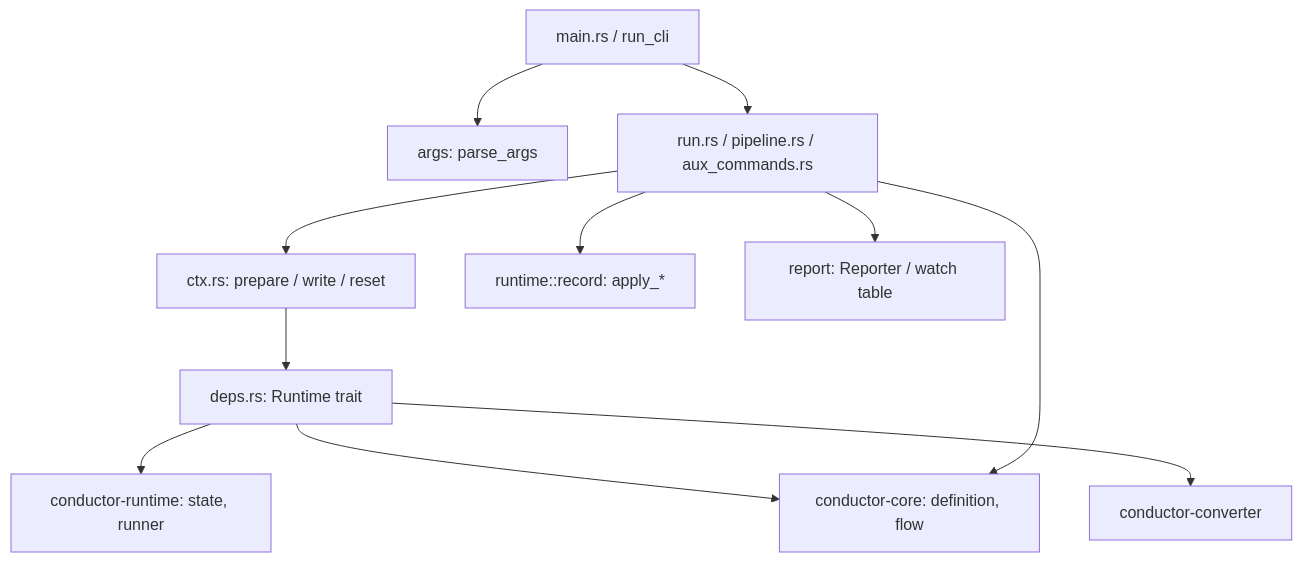
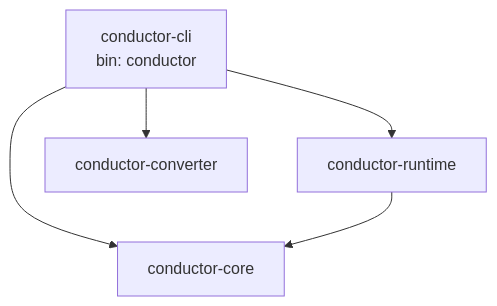
One commit to agwlvssainokuni/rust-job-conductor changed the first of 3 diagrams in aidlc/spaces/default/codekb/rust-job-conductor/architecture.md. Above: the diagram before and after it, drawn with Mermaid. The commit also changed other lines of this file and 17 other files, not shown here.

````diff
--- a/aidlc/spaces/default/codekb/rust-job-conductor/architecture.md
+++ b/aidlc/spaces/default/codekb/rust-job-conductor/architecture.md
@@ -15,13 +15,7 @@
 ```mermaid
 flowchart TD
-    main[main.rs / run_cli] --> args[args: parse_args]
-    main --> flow[run.rs / pipeline.rs / aux_commands.rs]
-    flow --> ctx[ctx.rs: prepare / write / reset]
-    ctx --> deps[deps.rs: Runtime trait]
-    deps --> rt[conductor-runtime: state, runner]
-    deps --> core[conductor-core: definition, flow]
-    deps --> conv[conductor-converter]
-    flow --> core
-    flow --> rec[runtime::record: apply_*]
-    flow --> report[report: Reporter / watch table]
+  CLI[conductor-cli<br/>bin: conductor] --> CORE[conductor-core]
+  CLI --> RT[conductor-runtime]
+  CLI --> CONV[conductor-converter]
+  RT --> CORE
 ```
````
